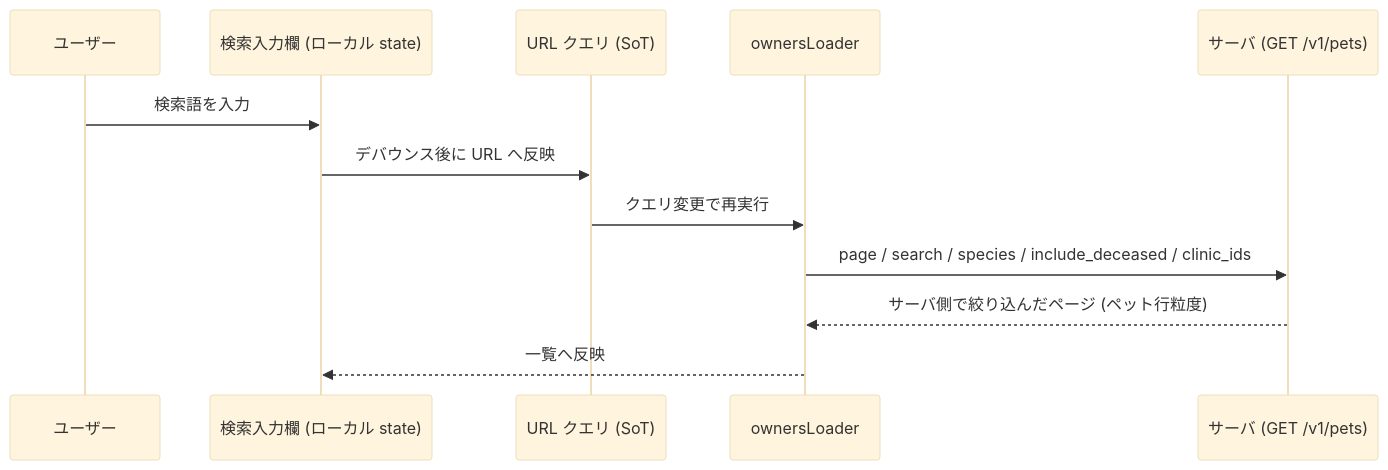
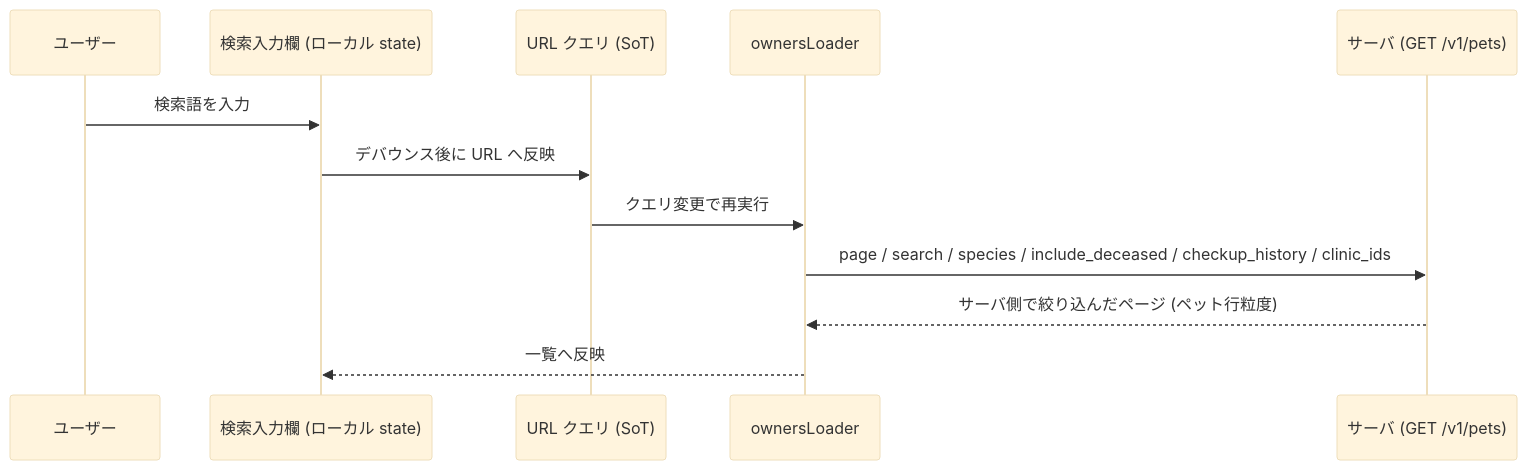
Before and after one commit to MinoruSoga/AnimalEkarte: the diagram in docs/spec/screens/03-owners-list.md, drawn with Mermaid (base theme). The commit also changed other lines of this file and 10 other files, not shown here.

First line of the commit message:
feat: add checkup-history search filter to owner/pet list (EMR-197)

````diff
--- a/docs/spec/screens/03-owners-list.md
+++ b/docs/spec/screens/03-owners-list.md
@@ -62,15 +63,15 @@
 ```mermaid
 sequenceDiagram
     participant U as ユーザー
     participant I as 検索入力欄 (ローカル state)
     participant Q as URL クエリ (SoT)
     participant L as ownersLoader
     participant S as サーバ (GET /v1/pets)
 
     U->>I: 検索語を入力
     I->>Q: デバウンス後に URL へ反映
     Q->>L: クエリ変更で再実行
-    L->>S: page / search / species / include_deceased / clinic_ids
+    L->>S: page / search / species / include_deceased / checkup_history / clinic_ids
     S-->>L: サーバ側で絞り込んだページ (ペット行粒度)
     L-->>I: 一覧へ反映
 ```
````
